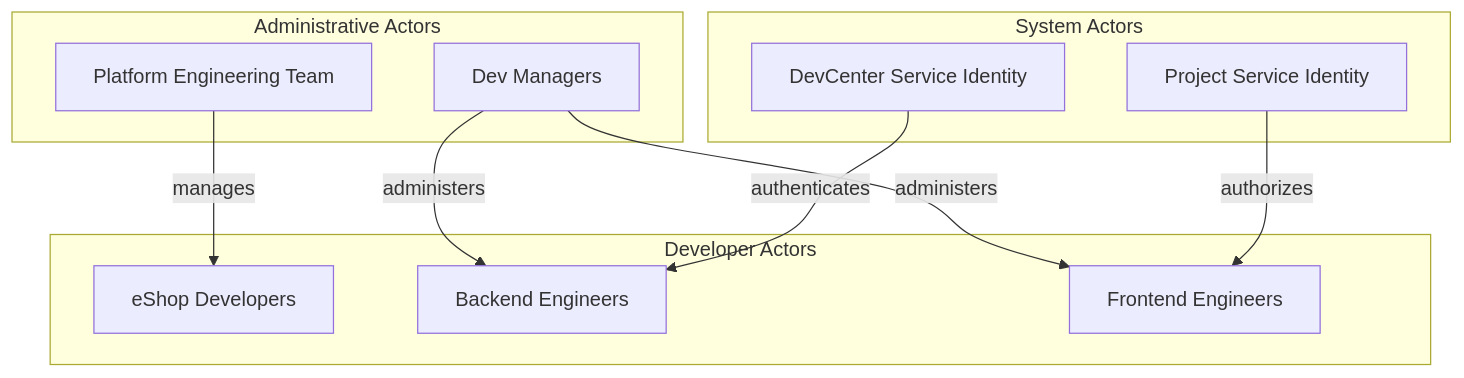
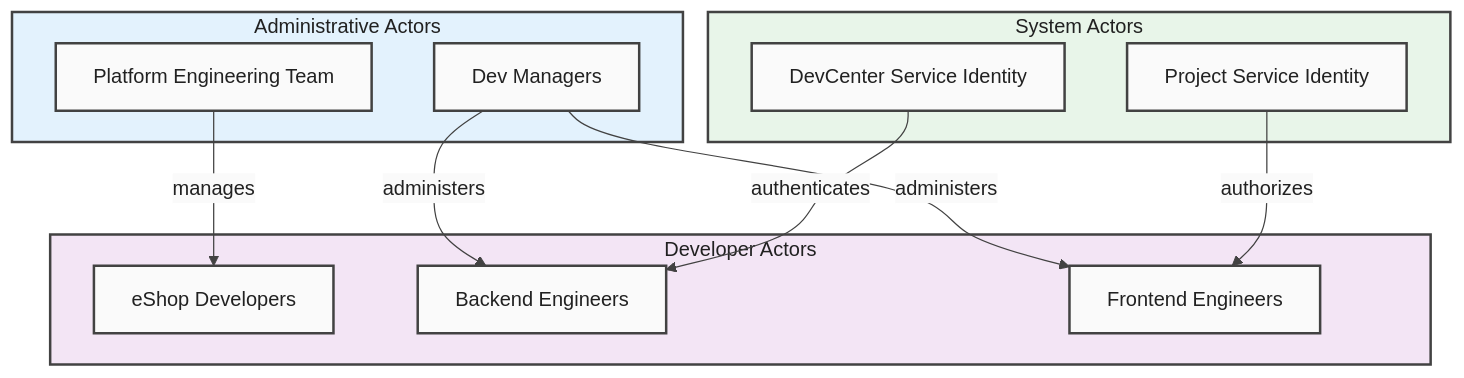
Before and after one commit to Evilazaro/DevExp-DevBox: the fifth of 11 diagrams in docs/architecture/Business.md, drawn with Mermaid. The commit also changed other lines of this file, not shown here.

Commit message:
docs: enhance Business Architecture diagrams with improved styling and clarity

````diff
--- a/docs/architecture/Business.md
+++ b/docs/architecture/Business.md
@@ -547,21 +547,35 @@
 ```mermaid
-graph TB
-    subgraph "Administrative Actors"
+%%{init: {'theme': 'base', 'themeVariables': { 'primaryColor': '#FAFAFA', 'primaryBorderColor': '#424242', 'primaryTextColor': '#212121', 'lineColor': '#424242'}}}%%
+flowchart TB
+    %% Style Definitions
+    classDef default fill:#FAFAFA,stroke:#424242,stroke-width:2px,color:#212121
+    classDef level1 fill:#E3F2FD,stroke:#424242,stroke-width:2px,color:#212121
+    classDef level2 fill:#F3E5F5,stroke:#424242,stroke-width:2px,color:#212121
+    classDef level3 fill:#E8F5E9,stroke:#424242,stroke-width:2px,color:#212121
+
+    subgraph ADMIN["Administrative Actors"]
         A1["Platform Engineering Team"]
         A2["Dev Managers"]
     end
-    subgraph "Developer Actors"
+
+    subgraph DEV["Developer Actors"]
         A3["eShop Developers"]
         A4["Backend Engineers"]
         A5["Frontend Engineers"]
     end
-    subgraph "System Actors"
+
+    subgraph SYS["System Actors"]
         A6["DevCenter Service Identity"]
         A7["Project Service Identity"]
     end
+
     A1 -->|"manages"| A3
     A2 -->|"administers"| A4
     A2 -->|"administers"| A5
     A6 -->|"authenticates"| A4
     A7 -->|"authorizes"| A5
+
+    class ADMIN level1
+    class DEV level2
+    class SYS level3
 ```
````
